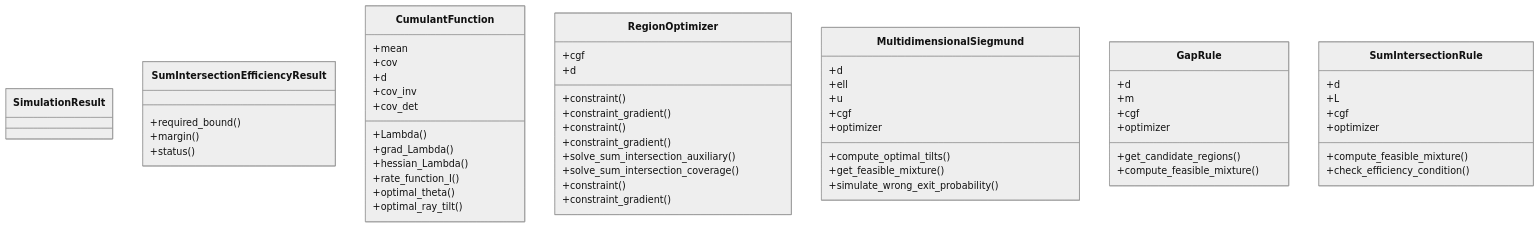
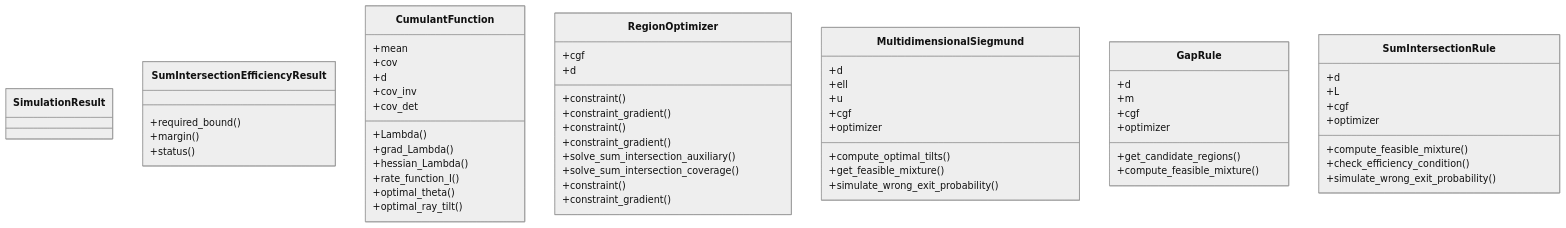
The diagram in docs/architecture/class-diagram.mmd (DiogoRibeiro7/efficient-importance-sampling), drawn with Mermaid (neutral theme) before and after one commit. The commit also changed 3 other files, not shown here.

Commit message:
docs: Update architecture diagrams [skip ci]

```diff
--- a/docs/architecture/class-diagram.mmd
+++ b/docs/architecture/class-diagram.mmd
@@ -1,65 +1,66 @@
 classDiagram
   class SimulationResult {
   }
 
   class SumIntersectionEfficiencyResult {
     +required_bound()
     +margin()
     +status()
   }
 
   class CumulantFunction {
     +mean
     +cov
     +d
     +cov_inv
     +cov_det
     +Lambda()
     +grad_Lambda()
     +hessian_Lambda()
     +rate_function_I()
     +optimal_theta()
     +optimal_ray_tilt()
   }
 
   class RegionOptimizer {
     +cgf
     +d
     +constraint()
     +constraint_gradient()
     +constraint()
     +constraint_gradient()
     +solve_sum_intersection_auxiliary()
     +solve_sum_intersection_coverage()
     +constraint()
     +constraint_gradient()
   }
 
   class MultidimensionalSiegmund {
     +d
     +ell
     +u
     +cgf
     +optimizer
     +compute_optimal_tilts()
     +get_feasible_mixture()
     +simulate_wrong_exit_probability()
   }
 
   class GapRule {
     +d
     +m
     +cgf
     +optimizer
     +get_candidate_regions()
     +compute_feasible_mixture()
   }
 
   class SumIntersectionRule {
     +d
     +L
     +cgf
     +optimizer
     +compute_feasible_mixture()
     +check_efficiency_condition()
+    +simulate_wrong_exit_probability()
   }
```
